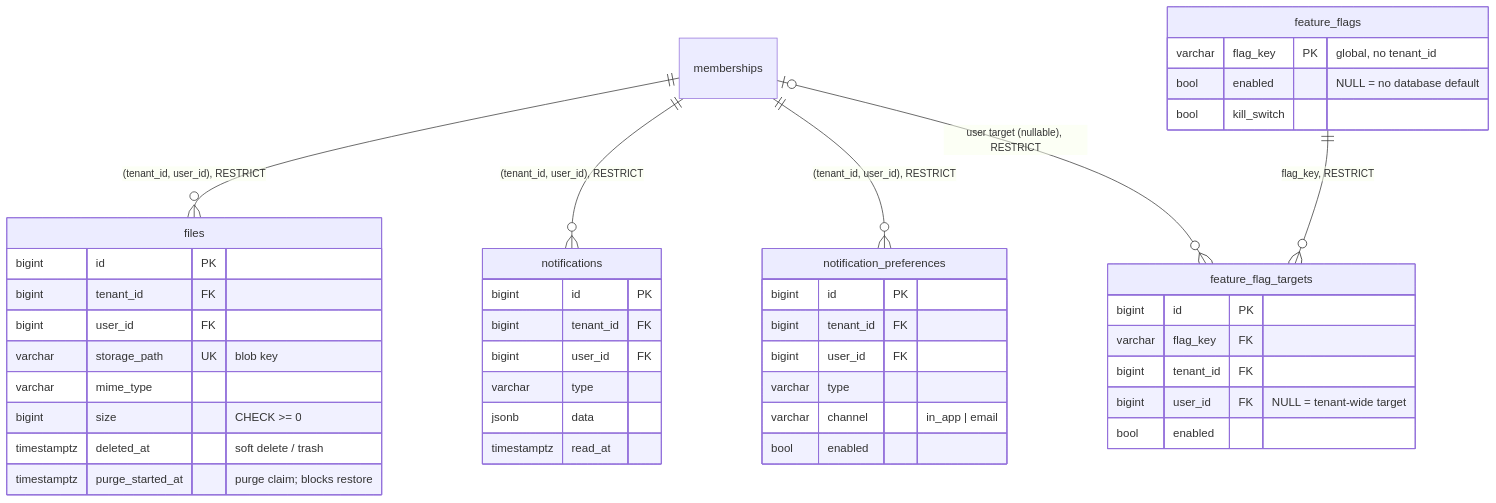
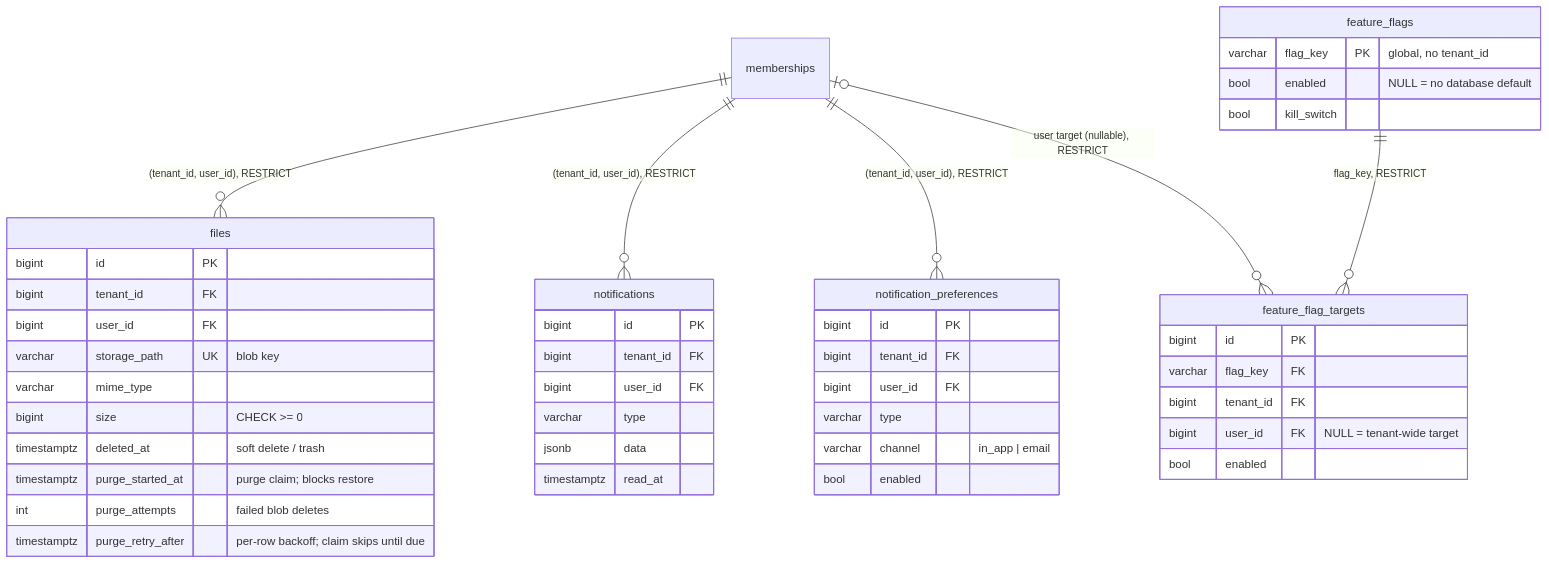
Before and after one commit to chuanghiduoc/fiber-golang-boilerplate: the second of 4 diagrams in docs/data-model.md, drawn with Mermaid. The commit also changed 90 other files, not shown here.

````diff
--- a/docs/data-model.md
+++ b/docs/data-model.md
@@ -380,47 +380,49 @@
 ```mermaid
 erDiagram
     memberships ||--o{ files : "(tenant_id, user_id), RESTRICT"
     memberships ||--o{ notifications : "(tenant_id, user_id), RESTRICT"
     memberships ||--o{ notification_preferences : "(tenant_id, user_id), RESTRICT"
     feature_flags ||--o{ feature_flag_targets : "flag_key, RESTRICT"
     memberships |o--o{ feature_flag_targets : "user target (nullable), RESTRICT"
 
     files {
         bigint id PK
         bigint tenant_id FK
         bigint user_id FK
         varchar storage_path UK "blob key"
         varchar mime_type
         bigint size "CHECK >= 0"
         timestamptz deleted_at "soft delete / trash"
         timestamptz purge_started_at "purge claim; blocks restore"
+        int purge_attempts "failed blob deletes"
+        timestamptz purge_retry_after "per-row backoff; claim skips until due"
     }
     notifications {
         bigint id PK
         bigint tenant_id FK
         bigint user_id FK
         varchar type
         jsonb data
         timestamptz read_at
     }
     notification_preferences {
         bigint id PK
         bigint tenant_id FK
         bigint user_id FK
         varchar type
         varchar channel "in_app | email"
         bool enabled
     }
     feature_flags {
         varchar flag_key PK "global, no tenant_id"
         bool enabled "NULL = no database default"
         bool kill_switch
     }
     feature_flag_targets {
         bigint id PK
         varchar flag_key FK
         bigint tenant_id FK
         bigint user_id FK "NULL = tenant-wide target"
         bool enabled
     }
 ```
````
